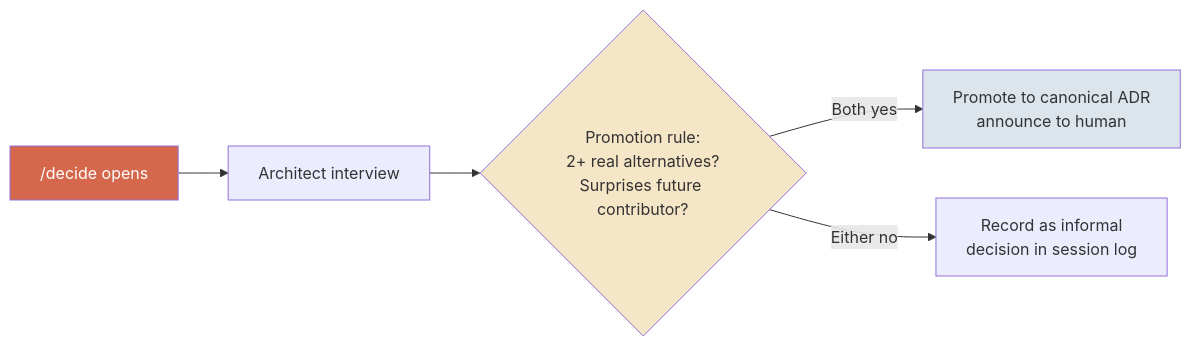
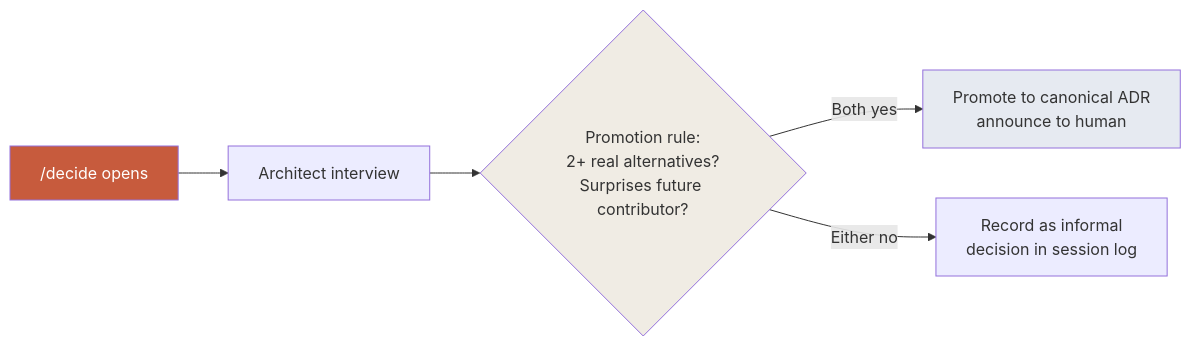
Before and after one commit to nlawstudio/ai-refinement-method: the ninth of 17 diagrams in METHOD.md, drawn with Mermaid. The commit also changed other lines of this file and 4 other files, not shown here.

````diff
--- a/METHOD.md
+++ b/METHOD.md
@@ -554,11 +554,11 @@
 ```mermaid
 flowchart LR
     A["/decide opens"] --> B[Architect interview]
     B --> C{Promotion rule:<br/>2+ real alternatives?<br/>Surprises future contributor?}
     C -->|Both yes| ADR[Promote to canonical ADR<br/>announce to human]
     C -->|Either no| Informal[Record as informal<br/>decision in session log]
 
-    style A fill:#D5674C,color:#fff
-    style C fill:#F4E6C6
-    style ADR fill:#DCE4EC
+    style A fill:#C75B3D,color:#fff
+    style C fill:#F0ECE4
+    style ADR fill:#E6EAF1
 ```
````
